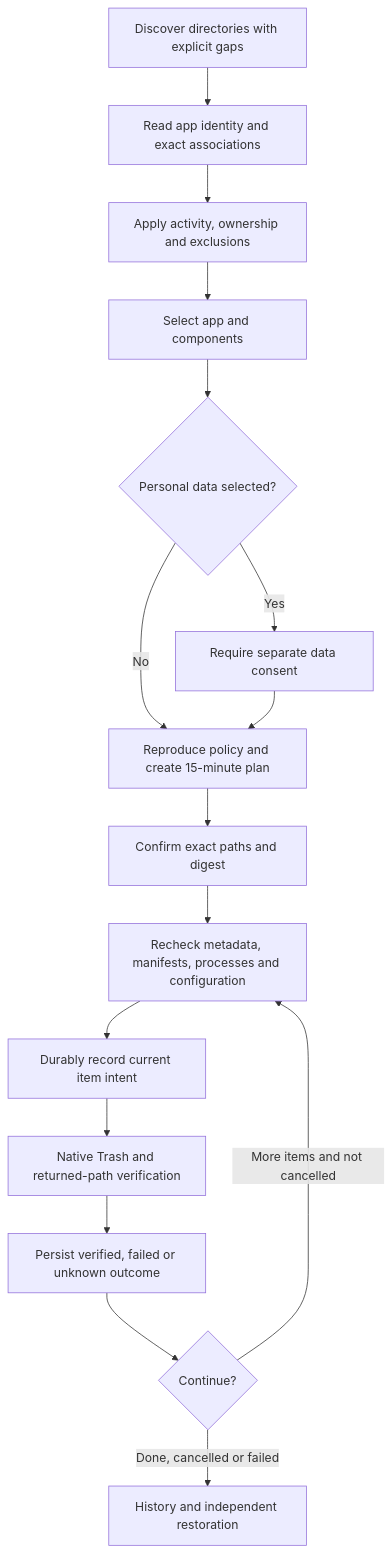
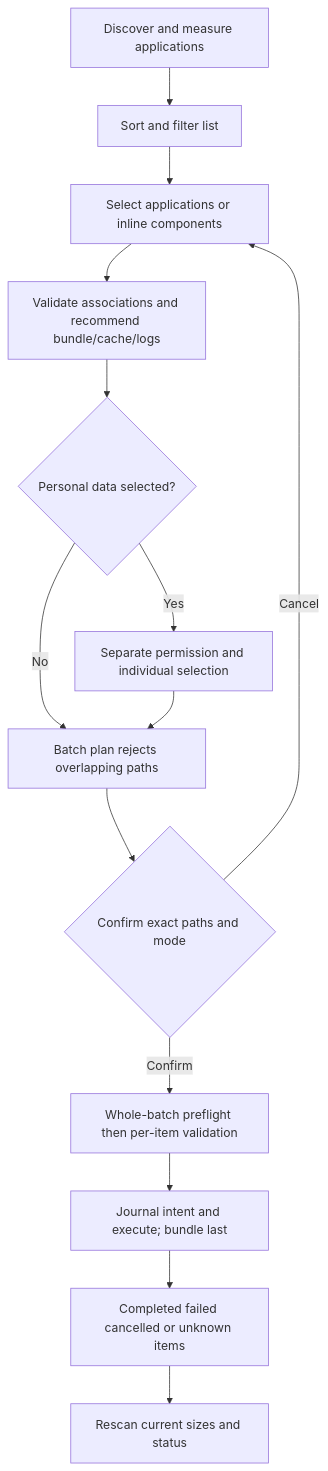
One commit to limecloud/shou changed the second of 3 diagrams in docs/product/application-uninstall.md. Above: the diagram before and after it, drawn with Mermaid. The commit also changed other lines of this file and 117 other files, not shown here.

````diff
--- a/docs/product/application-uninstall.md
+++ b/docs/product/application-uninstall.md
@@ -62,18 +62,16 @@
 ```mermaid
 flowchart TD
-    Discover[Discover directories with explicit gaps] --> Review[Read app identity and exact associations]
-    Review --> Policy[Apply activity, ownership and exclusions]
-    Policy --> Choose[Select app and components]
-    Choose --> Consent{Personal data selected?}
-    Consent -->|Yes| Explicit[Require separate data consent]
-    Consent -->|No| Preview[Reproduce policy and create 15-minute plan]
-    Explicit --> Preview
-    Preview --> Confirm[Confirm exact paths and digest]
-    Confirm --> Recheck[Recheck metadata, manifests, processes and configuration]
-    Recheck --> Intent[Durably record current item intent]
-    Intent --> Trash[Native Trash and returned-path verification]
-    Trash --> Record[Persist verified, failed or unknown outcome]
-    Record --> Next{Continue?}
-    Next -->|More items and not cancelled| Recheck
-    Next -->|Done, cancelled or failed| History[History and independent restoration]
+  Scan[Discover and measure applications] --> List[Sort and filter list]
+  List --> Select[Select applications or inline components]
+  Select --> Review[Validate associations and recommend bundle/cache/logs]
+  Review --> Data{Personal data selected?}
+  Data -->|Yes| Consent[Separate permission and individual selection]
+  Data -->|No| Plan[Batch plan rejects overlapping paths]
+  Consent --> Plan
+  Plan --> Confirm{Confirm exact paths and mode}
+  Confirm -->|Cancel| Select
+  Confirm -->|Confirm| Recheck[Whole-batch preflight then per-item validation]
+  Recheck --> Run[Journal intent and execute; bundle last]
+  Run --> Result[Completed failed cancelled or unknown items]
+  Result --> Refresh[Rescan current sizes and status]
 ```
````
